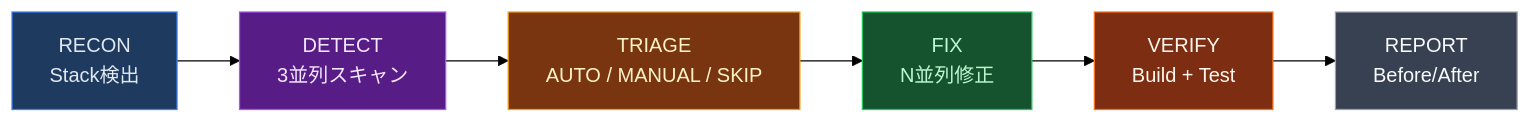
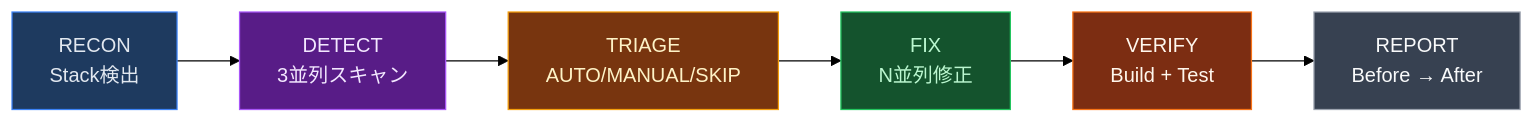
Before and after one commit to ohyesiamy/web-anomaly-detector: diagram 14 of 17 in README.md, drawn with Mermaid (forest theme). The commit also changed other lines of this file and 1 other file, not shown here.

First line of the commit message:
docs: Mermaid ダイアグラムでビジュアル大幅強化

````diff
--- a/README.md
+++ b/README.md
@@ -387,15 +517,15 @@
 ```mermaid
 graph LR
     R["RECON\nStack検出"] --> D["DETECT\n3並列スキャン"]
-    D --> T["TRIAGE\nAUTO / MANUAL / SKIP"]
+    D --> T["TRIAGE\nAUTO/MANUAL/SKIP"]
     T --> F["FIX\nN並列修正"]
     F --> V["VERIFY\nBuild + Test"]
-    V --> Rep["REPORT\nBefore/After"]
+    V --> Rep["REPORT\nBefore → After"]
 
     style R fill:#1e3a5f,stroke:#3b82f6,color:#e2e8f0
     style D fill:#581c87,stroke:#a855f7,color:#f3e8ff
     style T fill:#78350f,stroke:#f59e0b,color:#fef3c7
     style F fill:#14532d,stroke:#22c55e,color:#bbf7d0
     style V fill:#7c2d12,stroke:#f97316,color:#fff7ed
     style Rep fill:#374151,stroke:#9ca3af,color:#f9fafb
 ```
````
